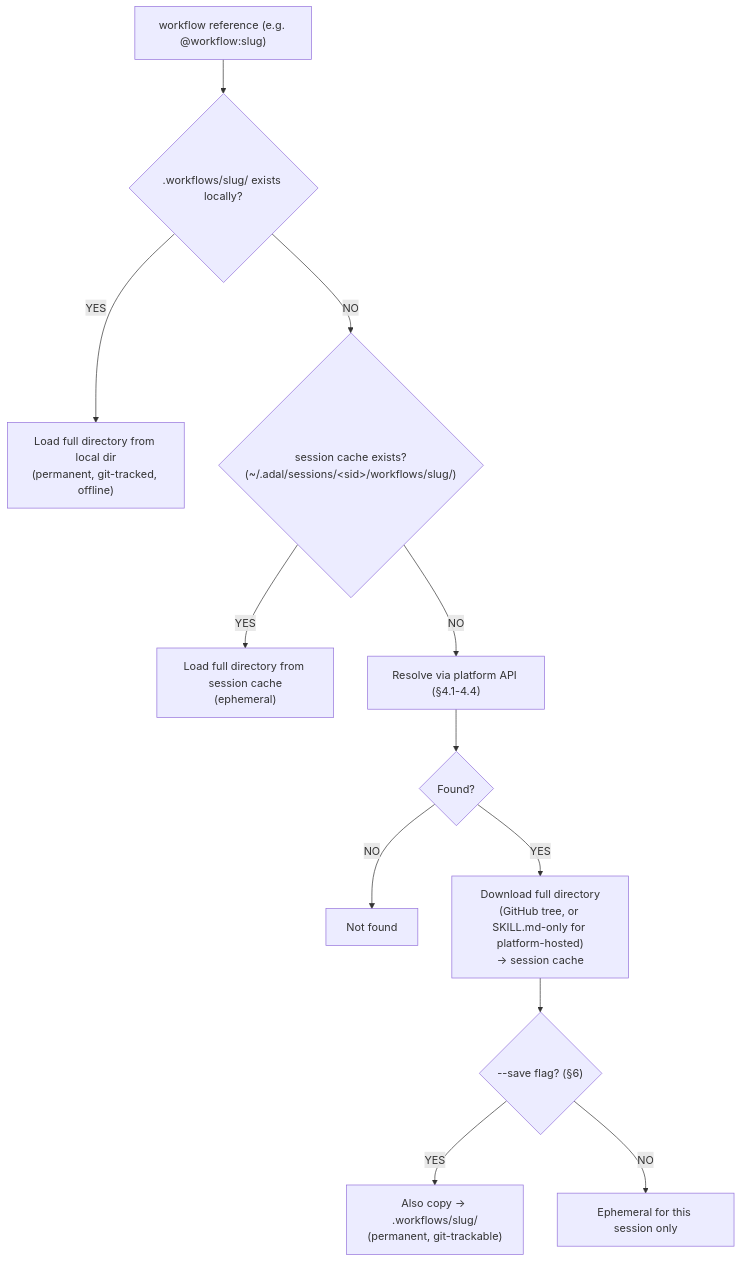
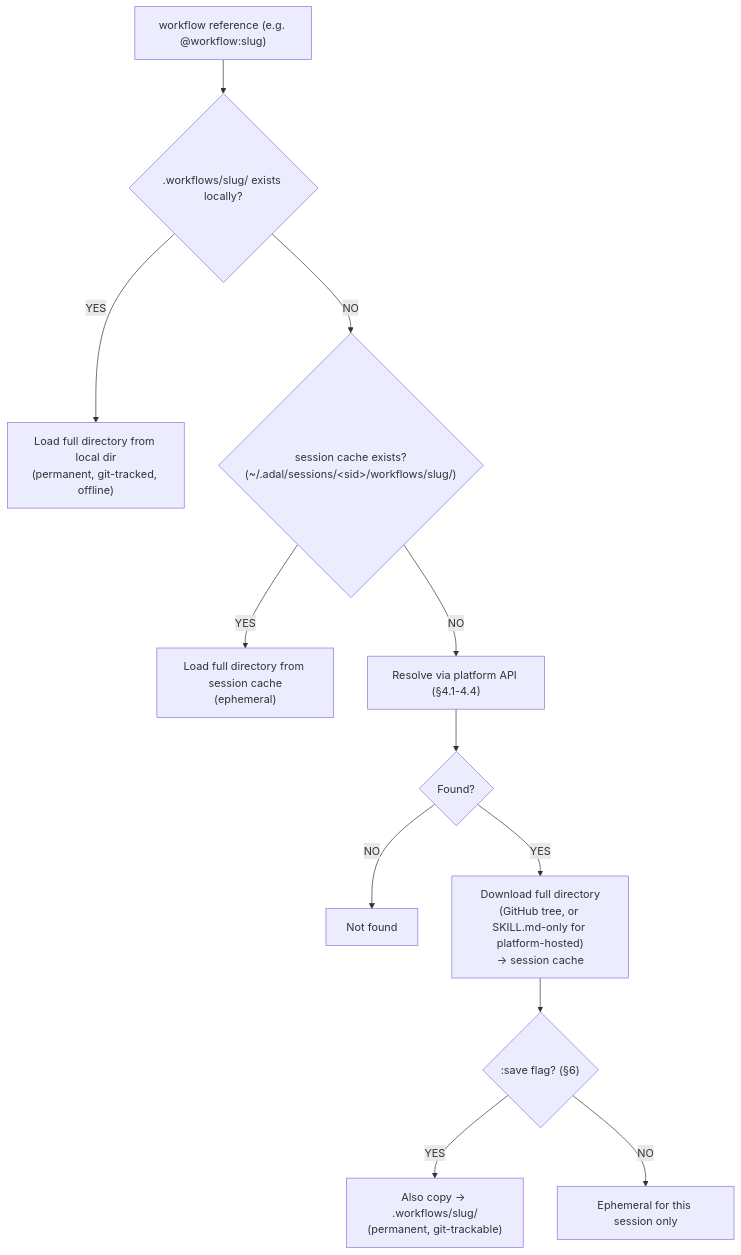
Before and after one commit to SylphAI-Inc/atskills: the diagram in PROTOCOL.md, drawn with Mermaid. The commit also changed other lines of this file and 1 other file, not shown here.

First line of the commit message:
docs: use colon-attached :index/:save syntax, not --flag syntax

````diff
--- a/PROTOCOL.md
+++ b/PROTOCOL.md
@@ -212,14 +212,14 @@
 ```mermaid
 flowchart TD
     START["workflow reference (e.g. @workflow:slug)"] --> LOCAL{".workflows/slug/ exists locally?"}
     LOCAL -->|YES| LOAD_LOCAL["Load full directory from local dir\n(permanent, git-tracked, offline)"]
     LOCAL -->|NO| SESSION{"session cache exists?\n(~/.adal/sessions/&lt;sid&gt;/workflows/slug/)"}
     SESSION -->|YES| LOAD_SESSION["Load full directory from session cache\n(ephemeral)"]
     SESSION -->|NO| ONLINE["Resolve via platform API (§4.1-4.4)"]
     ONLINE --> FOUND{"Found?"}
     FOUND -->|NO| ERROR["Not found"]
     FOUND -->|YES| DOWNLOAD["Download full directory\n(GitHub tree, or SKILL.md-only for platform-hosted)\n→ session cache"]
-    DOWNLOAD --> SAVEFLAG{"--save flag? (§6)"}
+    DOWNLOAD --> SAVEFLAG{":save flag? (§6)"}
     SAVEFLAG -->|YES| PERSIST["Also copy → .workflows/slug/\n(permanent, git-trackable)"]
     SAVEFLAG -->|NO| DONE["Ephemeral for this session only"]
 ```
````
